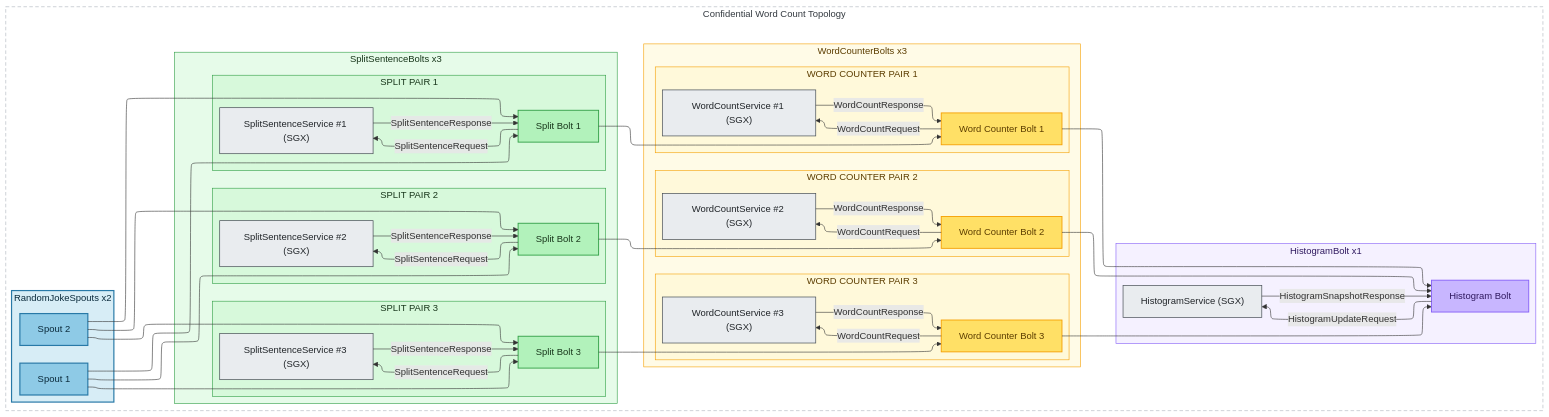
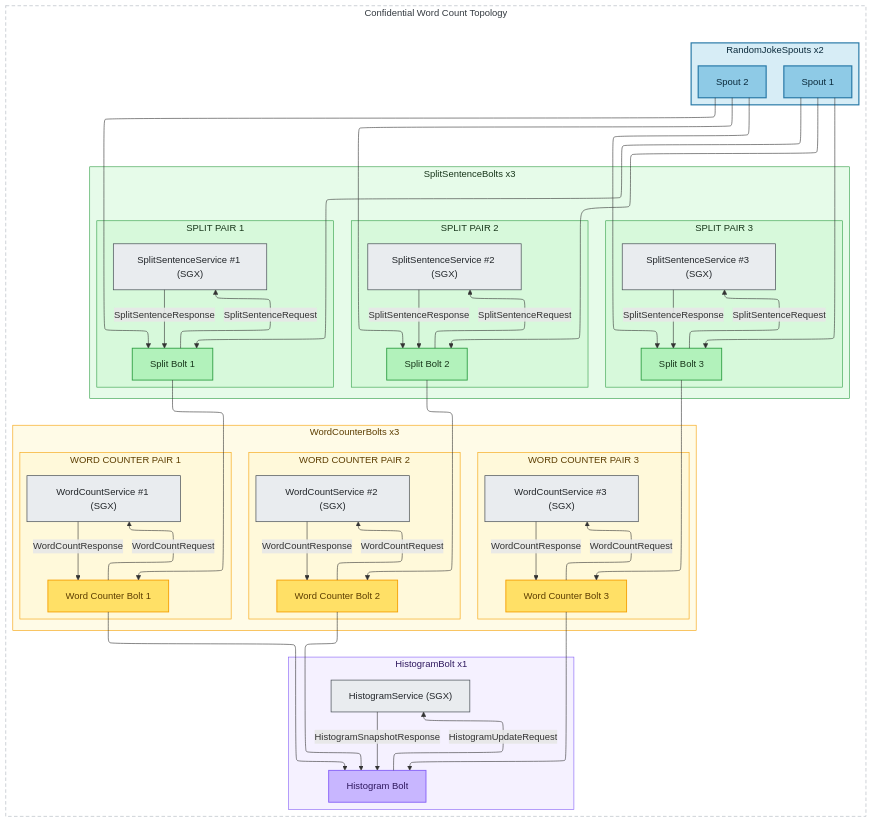
The diagram in assets/diagram.mmd (lucadibello/confidential-storm), drawn with Mermaid before and after one commit. The commit also changed 1 other file, not shown here.

Commit message:
fix: now diagram is top-to-bottom for readability

```diff
--- a/assets/diagram.mmd
+++ b/assets/diagram.mmd
@@ -1,132 +1,143 @@
 %%{init: {"flowchart": {"defaultRenderer": "elk","elk": {
   "direction": "DOWN",
   "alignment": "CENTER",
   'mergeEdges': true,
   'nodePlacementStrategy': "LINEAR_SEGMENTS"
 }}}}%%
-flowchart LR
+flowchart TB
 
   %% ===== PIPELINE WRAPPER (helps center layout) =====
   subgraph Pipeline["Confidential Word Count Topology"]
+    direction TB
     %% ===== RANDOM JOKE SPOUTS (stage 1) =====
     subgraph R["RandomJokeSpouts x2"]
+      direction TB
       R1["Spout 1"]:::spoutNode
       R2["Spout 2"]:::spoutNode
     end
     class R groupSpout
 
 
     %% ===== SPLIT SENTENCE (stage 2) =====
     subgraph S["SplitSentenceBolts x3"]
+      direction TB
 
       subgraph S1Grp["SPLIT PAIR 1"]
+        direction TB
         S1["Split Bolt 1"]:::splitBolt
         SE1["SplitSentenceService #1 (SGX)"]:::enclaveNode
         S1 -- "SplitSentenceRequest" --> SE1
         SE1 -- "SplitSentenceResponse" --> S1
       end
       class S1Grp pairSplit
 
       subgraph S2Grp["SPLIT PAIR 2"]
+        direction TB
         S2["Split Bolt 2"]:::splitBolt
         SE2["SplitSentenceService #2 (SGX)"]:::enclaveNode
         S2 -- "SplitSentenceRequest" --> SE2
         SE2 -- "SplitSentenceResponse" --> S2
       end
       class S2Grp pairSplit
 
       subgraph S3Grp["SPLIT PAIR 3"]
+        direction TB
         S3["Split Bolt 3"]:::splitBolt
         SE3["SplitSentenceService #3 (SGX)"]:::enclaveNode
         S3 -- "SplitSentenceRequest" --> SE3
         SE3 -- "SplitSentenceResponse" --> S3
       end
       class S3Grp pairSplit
 
     end
     class S groupSplit
 
 
     %% ===== WORD COUNTER (stage 3) =====
     subgraph W["WordCounterBolts x3"]
+      direction TB
 
       subgraph W1Grp["WORD COUNTER PAIR 1"]
+        direction TB
         W1["Word Counter Bolt 1"]:::wordBolt
         WE1["WordCountService #1 (SGX)"]:::enclaveNode
         W1 -- "WordCountRequest" --> WE1
         WE1 -- "WordCountResponse" --> W1
       end
       class W1Grp pairWord
 
       subgraph W2Grp["WORD COUNTER PAIR 2"]
+        direction TB
         W2["Word Counter Bolt 2"]:::wordBolt
         WE2["WordCountService #2 (SGX)"]:::enclaveNode
         W2 -- "WordCountRequest" --> WE2
         WE2 -- "WordCountResponse" --> W2
       end
       class W2Grp pairWord
 
       subgraph W3Grp["WORD COUNTER PAIR 3"]
+        direction TB
         W3["Word Counter Bolt 3"]:::wordBolt
         WE3["WordCountService #3 (SGX)"]:::enclaveNode
         W3 -- "WordCountRequest" --> WE3
         WE3 -- "WordCountResponse" --> W3
       end
       class W3Grp pairWord
 
     end
     class W groupWord
 
 
     %% ===== HISTOGRAM (stage 4) =====
     subgraph H["HistogramBolt x1"]
+      direction TB
       H1["Histogram Bolt"]:::histBolt
       HE["HistogramService (SGX)"]:::enclaveNode
       H1 -- "HistogramUpdateRequest" --> HE
       HE -- "HistogramSnapshotResponse" --> H1
     end
     class H groupHist
     class H pairHist
 
 
     %% ===== PIPELINE FLOW =====
     R1 --> S1
     R1 --> S2
     R1 --> S3
 
     R2 --> S1
     R2 --> S2
     R2 --> S3
 
     S1 --> W1
     S2 --> W2
     S3 --> W3
 
     W1 --> H1
     W2 --> H1
     W3 --> H1
   end
   class Pipeline pipelineFrame
 
   %% ===== STYLING =====
   %% Node styles share the same palette as their subgraph backgrounds
   classDef spoutNode fill:#8ecae6,stroke:#2879a7,color:#0b2b3c,stroke-width:2px;
   classDef splitBolt fill:#b2f2bb,stroke:#2f9e44,color:#18361b,stroke-width:1.5px;
   classDef wordBolt fill:#ffe066,stroke:#f59f00,color:#5c3d00,stroke-width:1.5px;
   classDef histBolt fill:#c8b6ff,stroke:#845ef7,color:#2f195f,stroke-width:1.5px;
   classDef enclaveNode fill:#e9ecef,stroke:#495057,color:#212529,stroke-width:1.2px;
   classDef pipelineFrame fill:none,stroke:#adb5bd,stroke-width:1px,stroke-dasharray:6 4,color:#343a40,padding-top:5px;
 
   %% Subgraph backgrounds – translucent fills highlight each bolt family
   style R fill:#8ecae6,fill-opacity:0.35,stroke:#2879a7,stroke-width:2px,color:#0b2b3c,padding:18px
   style S fill:#b2f2bb,fill-opacity:0.32,stroke:#2f9e44,stroke-width:1px,color:#18361b,padding:18px
   style S1Grp fill:#b2f2bb,fill-opacity:0.3,stroke:#2f9e44,color:#18361b,padding:12px
   style S2Grp fill:#b2f2bb,fill-opacity:0.3,stroke:#2f9e44,color:#18361b,padding:12px
   style S3Grp fill:#b2f2bb,fill-opacity:0.3,stroke:#2f9e44,color:#18361b,padding:12px
 
   style W fill:#fff3bf,fill-opacity:0.38,stroke:#f59f00,stroke-width:1px,color:#5c3d00,padding:18px
   style W1Grp fill:#fff3bf,fill-opacity:0.35,stroke:#f59f00,color:#5c3d00,padding:12px
   style W2Grp fill:#fff3bf,fill-opacity:0.35,stroke:#f59f00,color:#5c3d00,padding:12px
   style W3Grp fill:#fff3bf,fill-opacity:0.35,stroke:#f59f00,color:#5c3d00,padding:12px
 
   style H fill:#e5dbff,fill-opacity:0.4,stroke:#845ef7,stroke-width:1px,color:#2f195f,padding:18px
```
